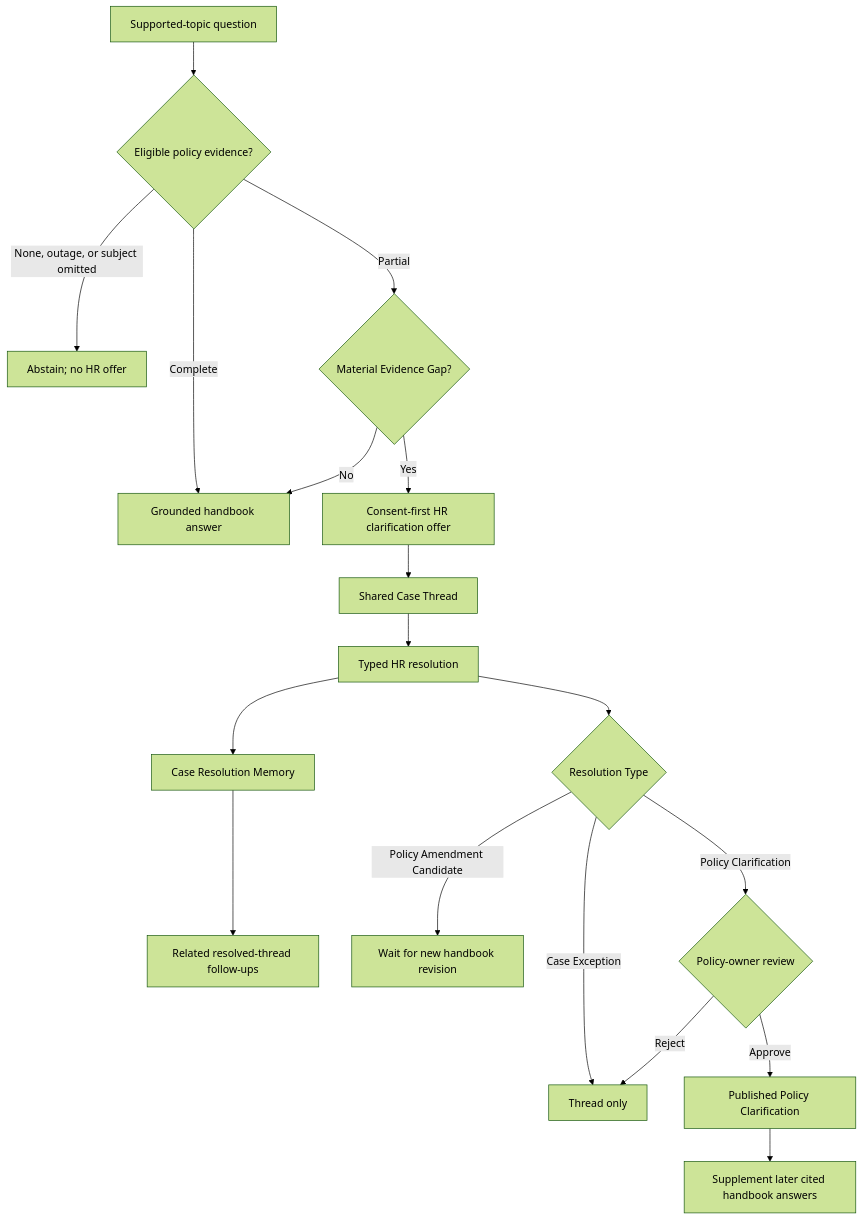
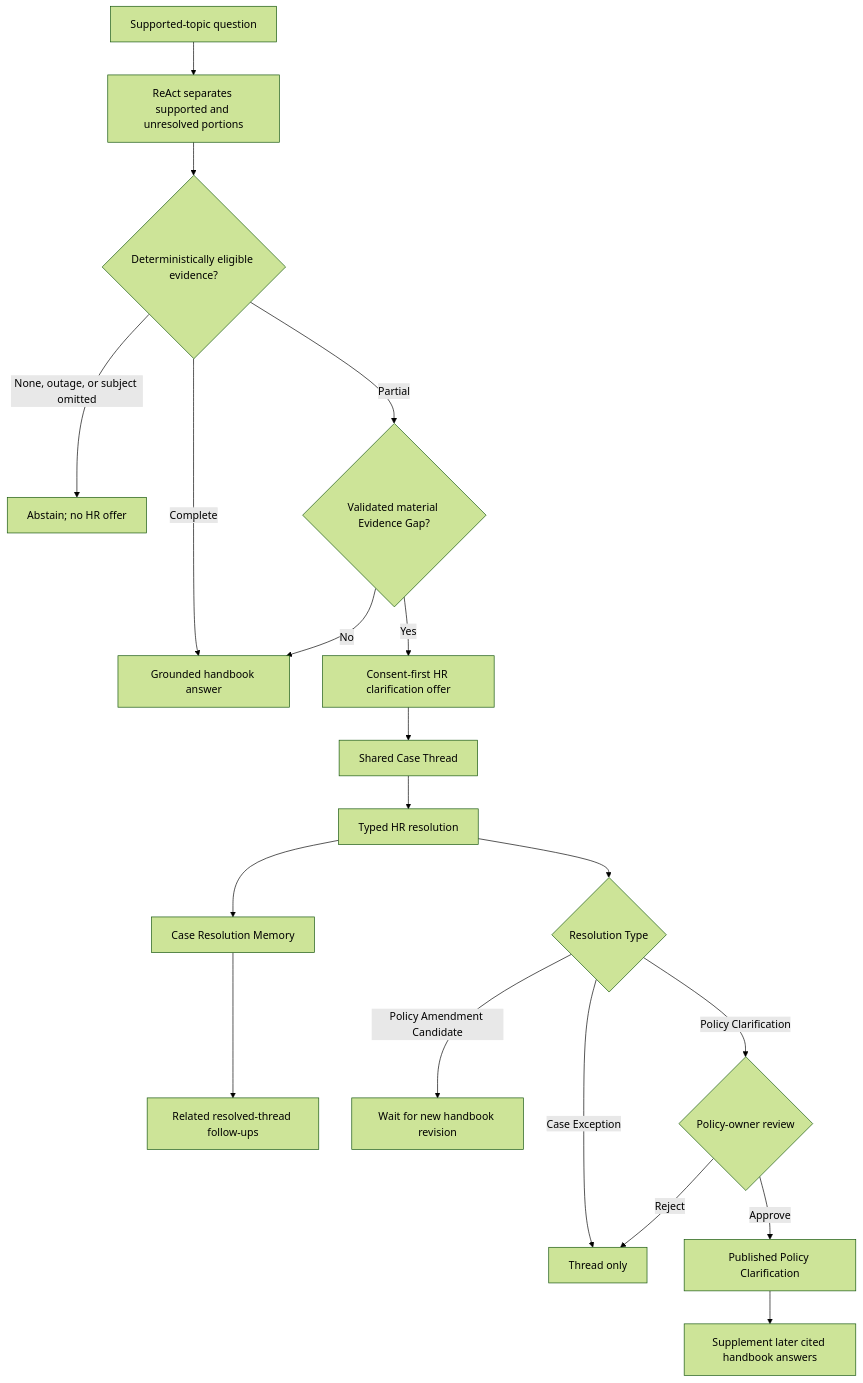
The fourth of 6 diagrams in docs/ARCHITECTURE_DIAGRAMS.md (Mateogas/STAI), drawn with Mermaid (forest theme) before and after one commit. The commit also changed other lines of this file and 25 other files, not shown here.

````diff
--- a/docs/ARCHITECTURE_DIAGRAMS.md
+++ b/docs/ARCHITECTURE_DIAGRAMS.md
@@ -114,20 +120,21 @@
 ```mermaid
 flowchart TD
-    Question["Supported-topic question"] --> Evidence{"Eligible policy evidence?"}
+    Question["Supported-topic question"] --> AgentGap["ReAct separates supported and unresolved portions"]
+    AgentGap --> Evidence{"Deterministically eligible evidence?"}
     Evidence -- "None, outage, or subject omitted" --> Abstain["Abstain; no HR offer"]
     Evidence -- "Complete" --> Answer["Grounded handbook answer"]
-    Evidence -- "Partial" --> Gap{"Material Evidence Gap?"}
+    Evidence -- "Partial" --> Gap{"Validated material Evidence Gap?"}
     Gap -- No --> Answer
     Gap -- Yes --> Offer["Consent-first HR clarification offer"]
     Offer --> Case["Shared Case Thread"]
     Case --> Resolution["Typed HR resolution"]
     Resolution --> ThreadMemory["Case Resolution Memory"]
     ThreadMemory --> Followup["Related resolved-thread follow-ups"]
     Resolution --> Type{"Resolution Type"}
     Type -- "Case Exception" --> CaseOnly["Thread only"]
     Type -- "Policy Amendment Candidate" --> Handbook["Wait for new handbook revision"]
     Type -- "Policy Clarification" --> Review{"Policy-owner review"}
     Review -- Reject --> CaseOnly
     Review -- Approve --> Published["Published Policy Clarification"]
     Published --> Supplement["Supplement later cited handbook answers"]
 ```
````
